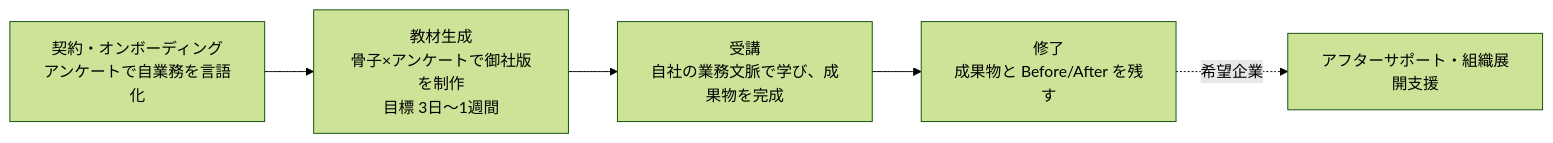
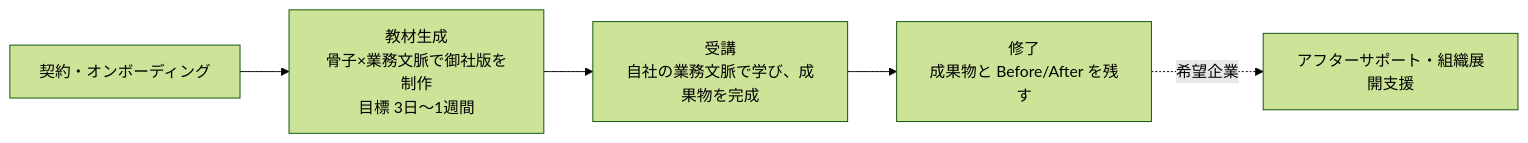
The diagram in CLAUDE.md (coachtech-material/pj_X), drawn with Mermaid (forest theme) before and after one commit. The commit also changed other lines of this file and 1 other file, not shown here.

Commit message:
オンボーディングアンケートの記述を撤去（業務文脈の取得方法は未定・商談マターのため）
教材生成の入力は「受講企業の業務文脈」とのみ記載。取得方法の設計は No.15 で扱う。

````diff
--- a/CLAUDE.md
+++ b/CLAUDE.md
@@ -89,10 +89,10 @@
 ```mermaid
 flowchart LR
-    A["契約・オンボーディング<br>アンケートで自業務を言語化"]
-    B["教材生成<br>骨子×アンケートで御社版を制作<br>目標 3日〜1週間"]
+    A["契約・オンボーディング"]
+    B["教材生成<br>骨子×業務文脈で御社版を制作<br>目標 3日〜1週間"]
     C["受講<br>自社の業務文脈で学び、成果物を完成"]
     D["修了<br>成果物と Before/After を残す"]
     E["アフターサポート・組織展開支援"]
     A --> B --> C --> D
     D -. 希望企業 .-> E
 ```
````
